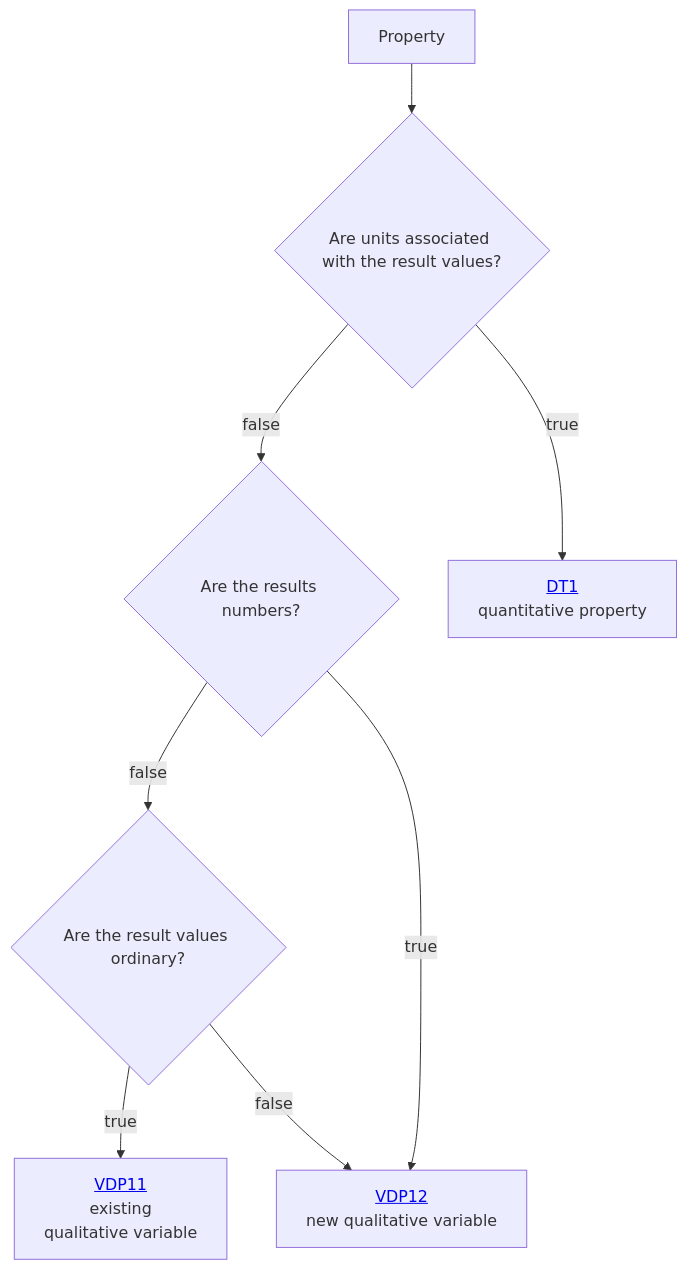
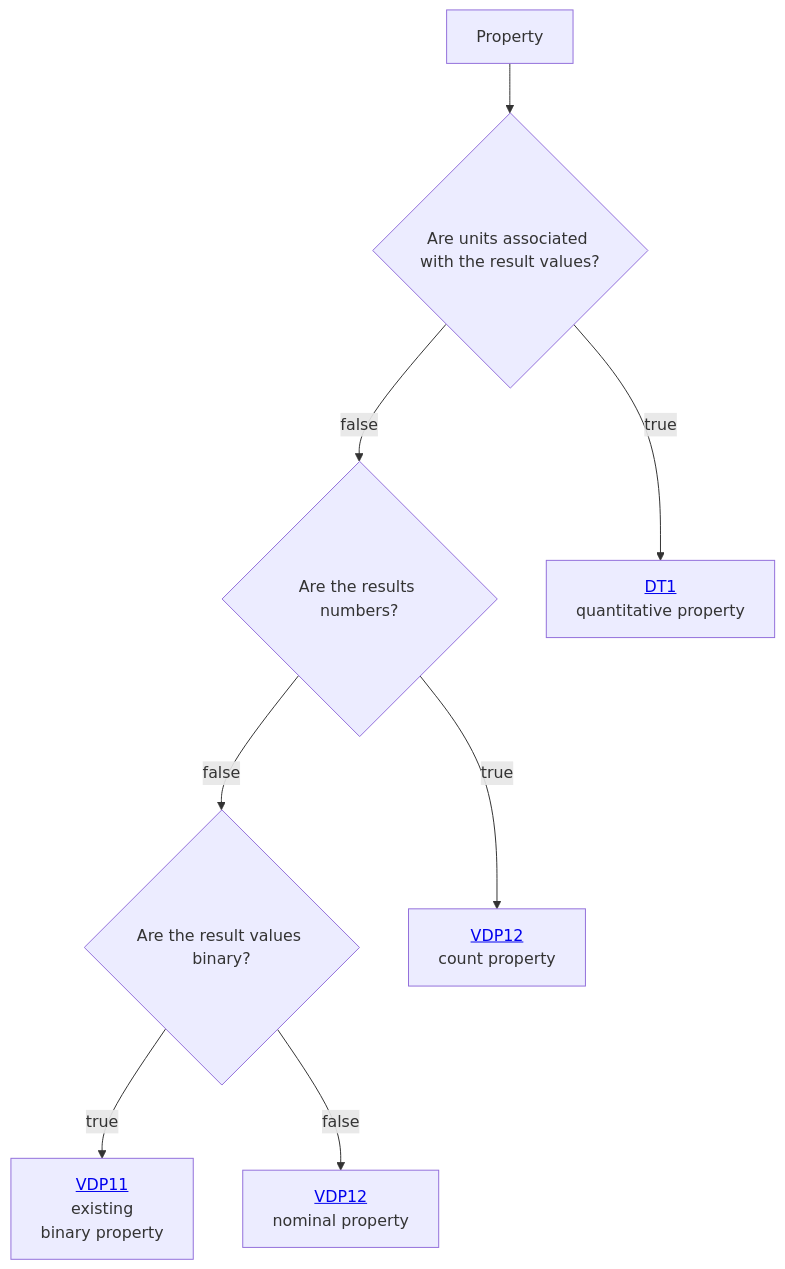
The diagram in Decisition_trees/DT0.mmd (mabablue/I-ADOPT-patterns-playground), drawn with Mermaid before and after one commit.

Commit message:
Refactor decision tree for result value checks

```diff
--- a/Decisition_trees/DT0.mmd
+++ b/Decisition_trees/DT0.mmd
@@ -1,8 +1,8 @@
 flowchart TD
     A[Property] --> B{Are units associated with the result values?}
     B --> |false|C{Are the results numbers?}
     B --> |true|D[<a href='https://github.com/mabablue/I-ADOPT-patterns-playground/blob/main/Decisition_trees/DT1.mmd'>DT1</a><br> quantitative property] 
-    C --> |false|E{Are the result values ordinary?}
-    C --> |true|H[<a href='https://github.com/mabablue/I-ADOPT-patterns-playground/blob/main/pattern/VDP12.yaml'>VDP12</a><br> new qualitative variable] 
-    E --> |true|F[<a href='https://github.com/mabablue/I-ADOPT-patterns-playground/blob/main/pattern/VDP11.yaml'>VDP11</a><br> existing <br> qualitative variable] 
-    E --> |false|H
+    C --> |false|E{Are the result values binary?}
+    C --> |true|H[<a href='https://github.com/mabablue/I-ADOPT-patterns-playground/blob/main/pattern/VDP12.yaml'>VDP12</a><br> count property] 
+    E --> |true|F[<a href='https://github.com/mabablue/I-ADOPT-patterns-playground/blob/main/pattern/VDP11.yaml'>VDP11</a><br> existing <br> binary property] 
+    E --> |false|I[<a href='https://github.com/mabablue/I-ADOPT-patterns-playground/blob/main/pattern/VDP12.yaml'>VDP12</a><br> nominal property] 
```
